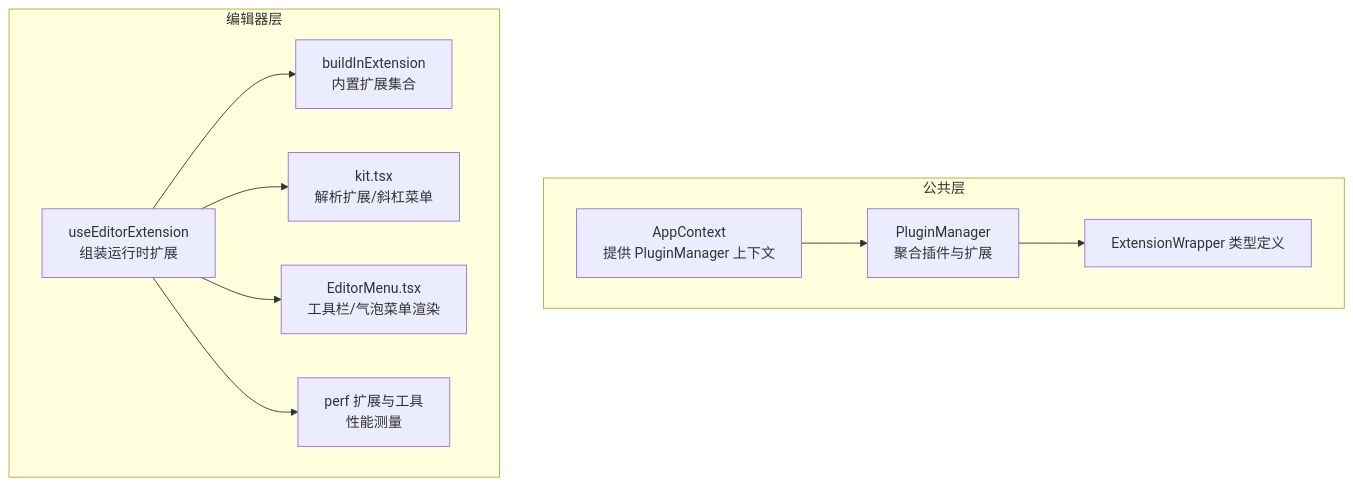
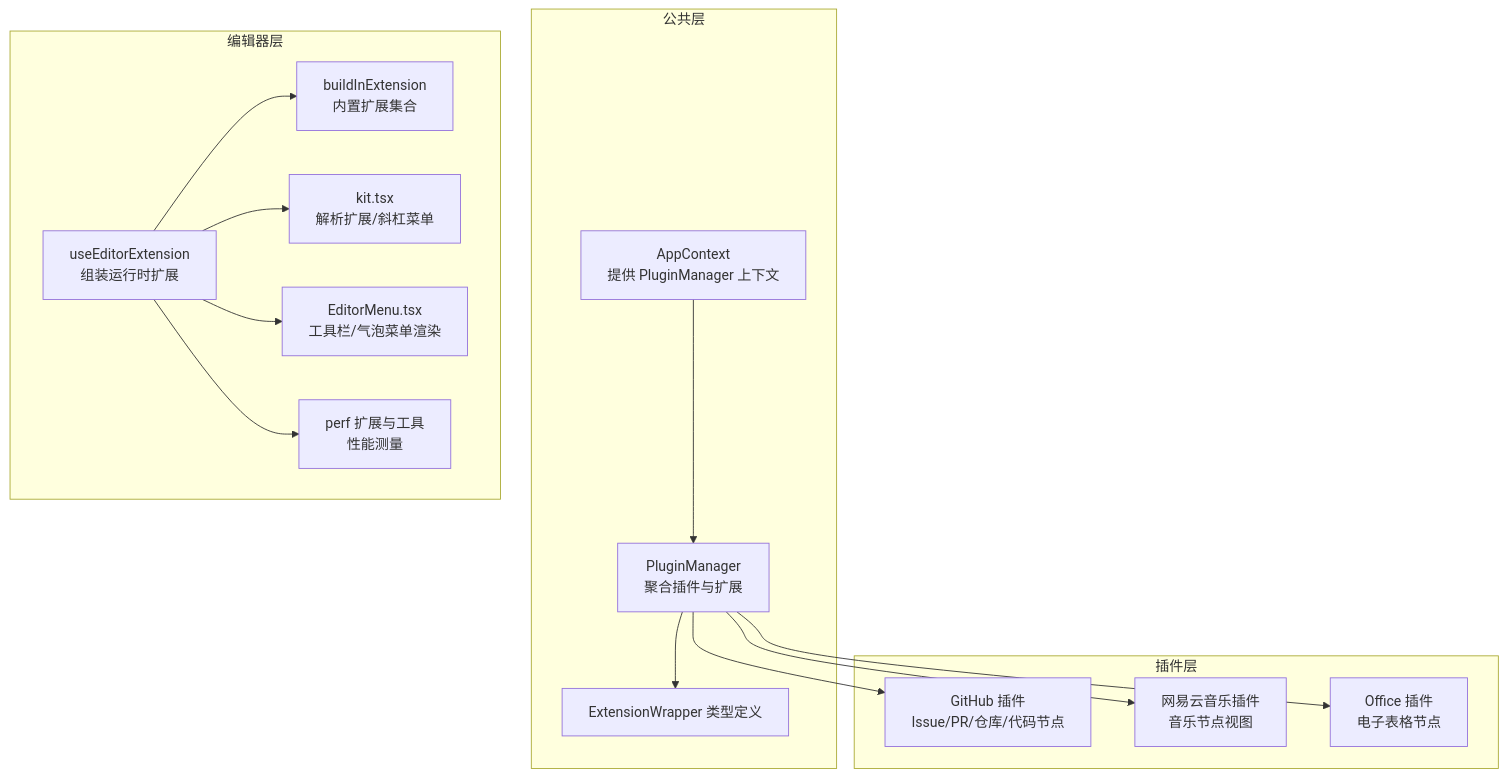
One commit to LRF0422/Kotion changed the first of 8 diagrams in .qoder/repowiki/zh/content/架构设计/插件系统架构/插件编辑器集成.md. Above: the diagram before and after it, drawn with Mermaid. The commit also changed other lines of this file and 75 other files, not shown here.

````diff
--- a/.qoder/repowiki/zh/content/架构设计/插件系统架构/插件编辑器集成.md
+++ b/.qoder/repowiki/zh/content/架构设计/插件系统架构/插件编辑器集成.md
@@ -39,21 +57,29 @@
 ```mermaid
 graph TB
 subgraph "公共层"
 A["AppContext<br/>提供 PluginManager 上下文"]
 B["PluginManager<br/>聚合插件与扩展"]
 C["ExtensionWrapper 类型定义"]
 end
 subgraph "编辑器层"
 D["useEditorExtension<br/>组装运行时扩展"]
 E["buildInExtension<br/>内置扩展集合"]
 F["kit.tsx<br/>解析扩展/斜杠菜单"]
 G["EditorMenu.tsx<br/>工具栏/气泡菜单渲染"]
 H["perf 扩展与工具<br/>性能测量"]
 end
+subgraph "插件层"
+I["GitHub 插件<br/>Issue/PR/仓库/代码节点"]
+J["网易云音乐插件<br/>音乐节点视图"]
+K["Office 插件<br/>电子表格节点"]
+end
 A --> B
 B --> C
 D --> E
 D --> F
 D --> G
 D --> H
+B --> I
+B --> J
+B --> K
 ```
````
